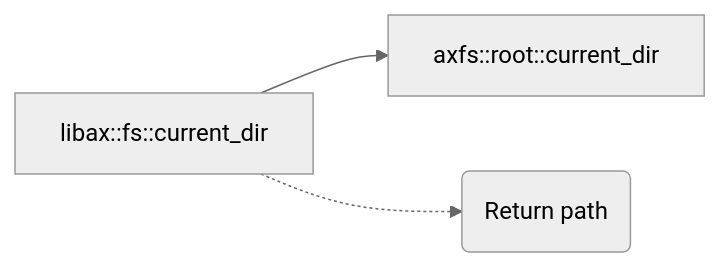
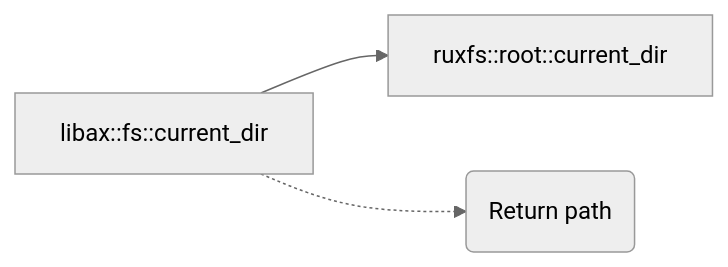
One commit to syswonder/ruxos changed the fifth of 8 diagrams in doc/apps_fs_shell.md. Above: the diagram before and after it, drawn with Mermaid (neutral theme). The commit also changed other lines of this file and 854 other files, not shown here.

````diff
--- a/doc/apps_fs_shell.md
+++ b/doc/apps_fs_shell.md
@@ -258,5 +258,5 @@
 ```mermaid
 graph LR
-	lib_gwd[libax::fs::current_dir] --> root_gwd[axfs::root::current_dir]
+	lib_gwd[libax::fs::current_dir] --> root_gwd[ruxfs::root::current_dir]
 	lib_gwd -.-> return("Return path")
 ```
````
